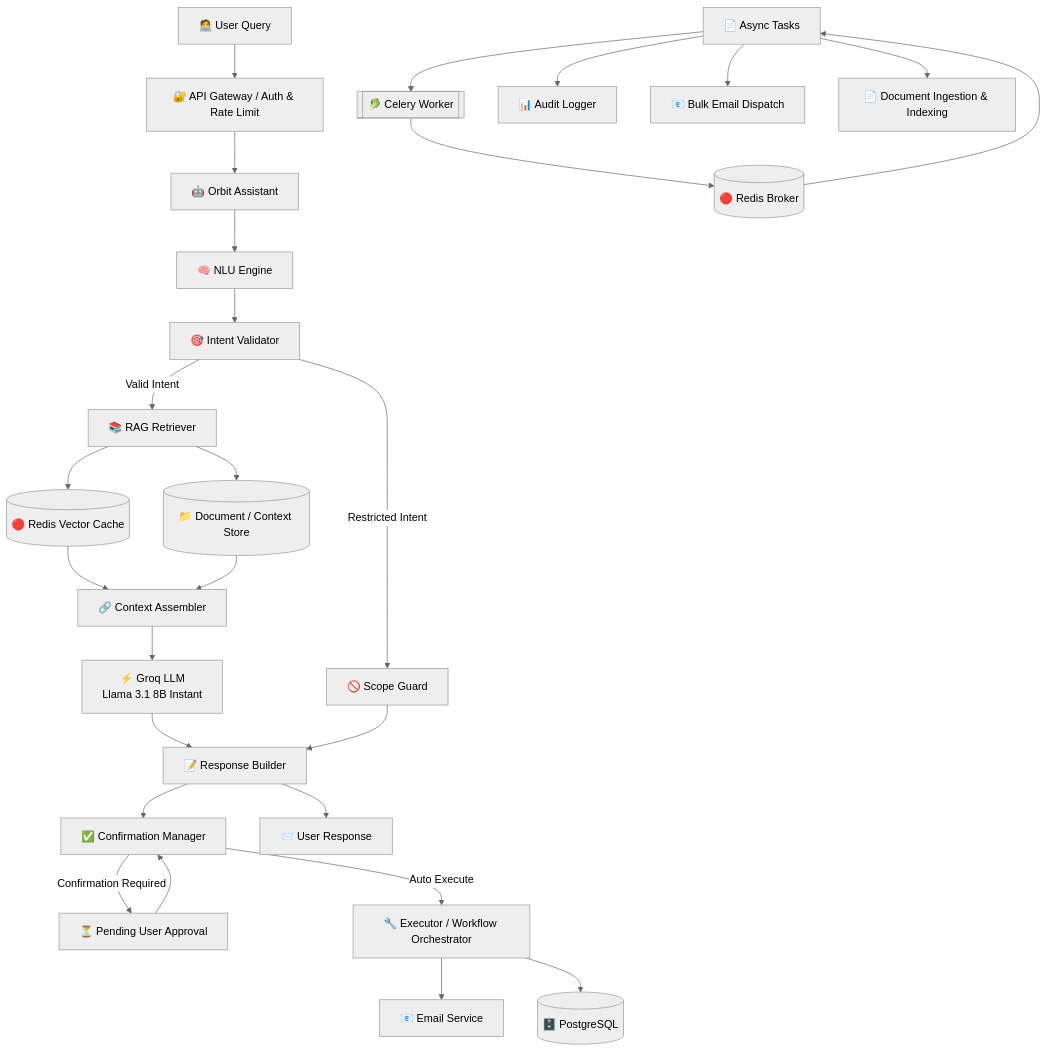
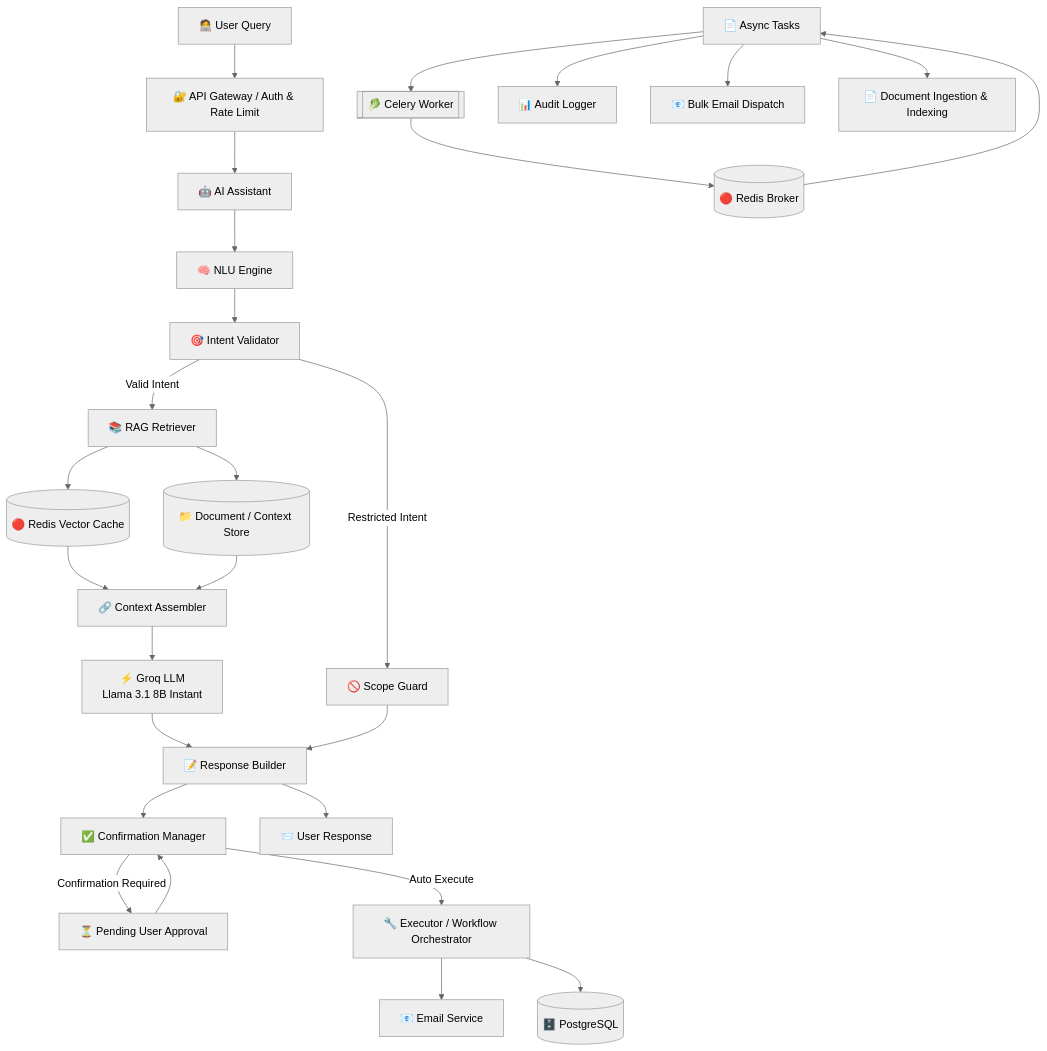
The first of 2 diagrams in README.md (SudheerKonduboina/Assistant-AI), drawn with Mermaid (neutral theme) before and after one commit. The commit also changed other lines of this file, not shown here.

Commit message:
docs: rename to AI Assistant, remove banner, clean login credentials

````diff
--- a/README.md
+++ b/README.md
@@ -83,30 +80,30 @@
 ```mermaid
 flowchart TD
     A[🧑‍💻 User Query] --> B[🔐 API Gateway / Auth & Rate Limit]
-    B --> C[🤖 Orbit Assistant]
+    B --> C[🤖 AI Assistant]
     C --> D[🧠 NLU Engine]
     D --> E[🎯 Intent Validator]
     E -->|Valid Intent| F[📚 RAG Retriever]
     E -->|Restricted Intent| N[🚫 Scope Guard]
     F --> G[(🔴 Redis Vector Cache)]
     F --> H[(📁 Document / Context Store)]
     G --> I[🔗 Context Assembler]
     H --> I
     I --> J[⚡ Groq LLM<br/>Llama 3.1 8B Instant]
     J --> K[📝 Response Builder]
     K --> L[✅ Confirmation Manager]
     L -->|Confirmation Required| M[⏳ Pending User Approval]
     M --> L
     L -->|Auto Execute| O[🔧 Executor / Workflow Orchestrator]
     O --> P[📧 Email Service]
     O --> Q[(🗄️ PostgreSQL)]
     N --> K
     K --> R[📨 User Response]
 
     S[📄 Async Tasks] --> T[[🥬 Celery Worker]]
     T --> U[(🔴 Redis Broker)]
     U --> S
     S --> V[📊 Audit Logger]
     S --> W[📧 Bulk Email Dispatch]
     S --> X[📄 Document Ingestion & Indexing]
 ```
````
